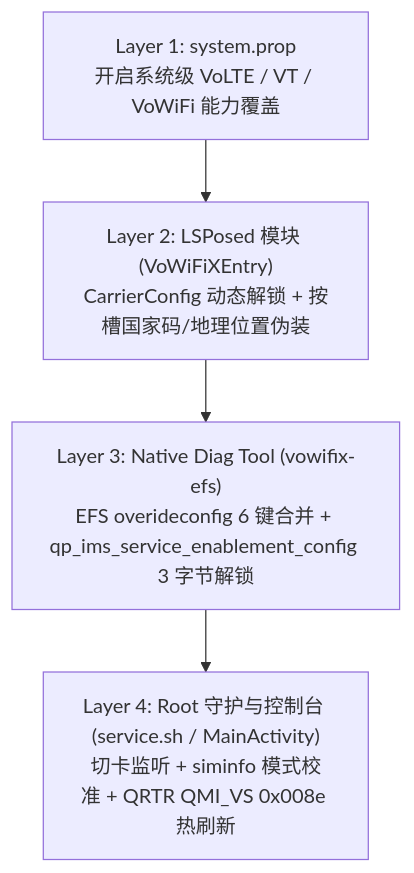
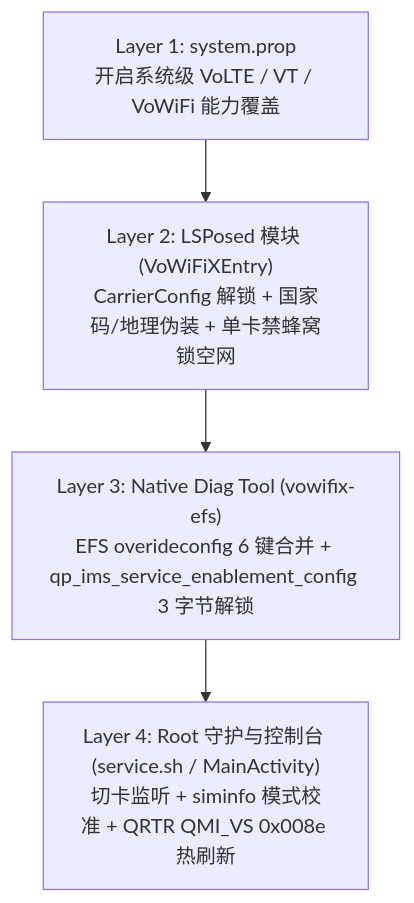
Before and after one commit to iniwex5/VoWiFiX: the diagram in README.md, drawn with Mermaid. The commit also changed other lines of this file and 12 other files, not shown here.

````diff
--- a/README.md
+++ b/README.md
@@ -42,9 +45,9 @@
 ```mermaid
 flowchart TB
     L1["Layer 1: system.prop<br/>开启系统级 VoLTE / VT / VoWiFi 能力覆盖"]
-    L2["Layer 2: LSPosed 模块 (VoWiFiXEntry)<br/>CarrierConfig 动态解锁 + 按槽国家码/地理位置伪装"]
+    L2["Layer 2: LSPosed 模块 (VoWiFiXEntry)<br/>CarrierConfig 解锁 + 国家码/地理伪装 + 单卡禁蜂窝锁空网"]
     L3["Layer 3: Native Diag Tool (vowifix-efs)<br/>EFS overideconfig 6 键合并 + qp_ims_service_enablement_config 3 字节解锁"]
     L4["Layer 4: Root 守护与控制台 (service.sh / MainActivity)<br/>切卡监听 + siminfo 模式校准 + QRTR QMI_VS 0x008e 热刷新"]
 
     L1 --> L2 --> L3 --> L4
 ```
````
